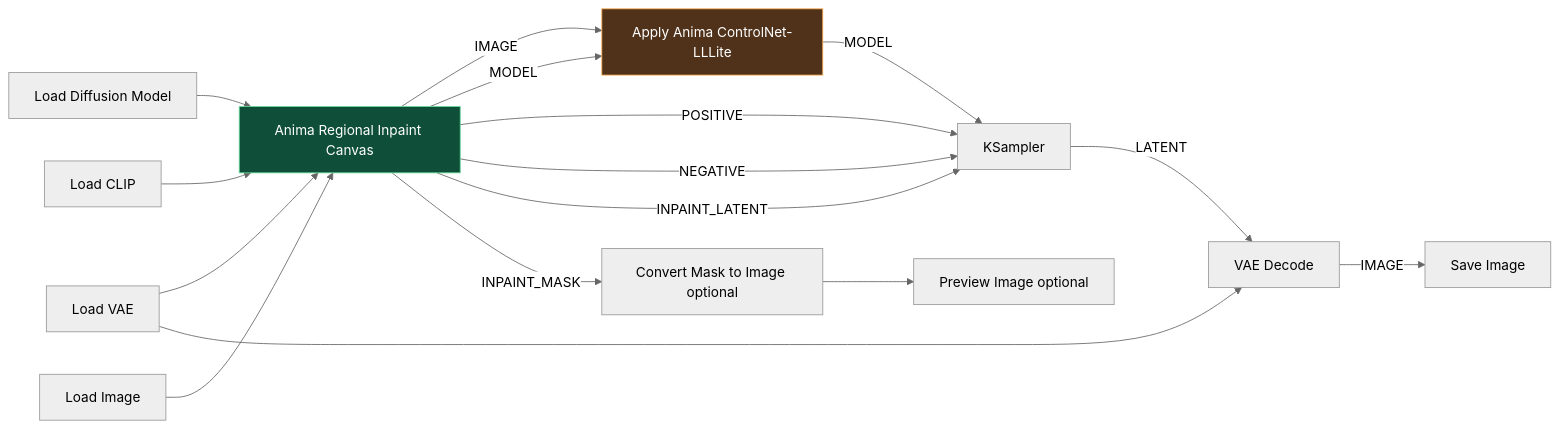
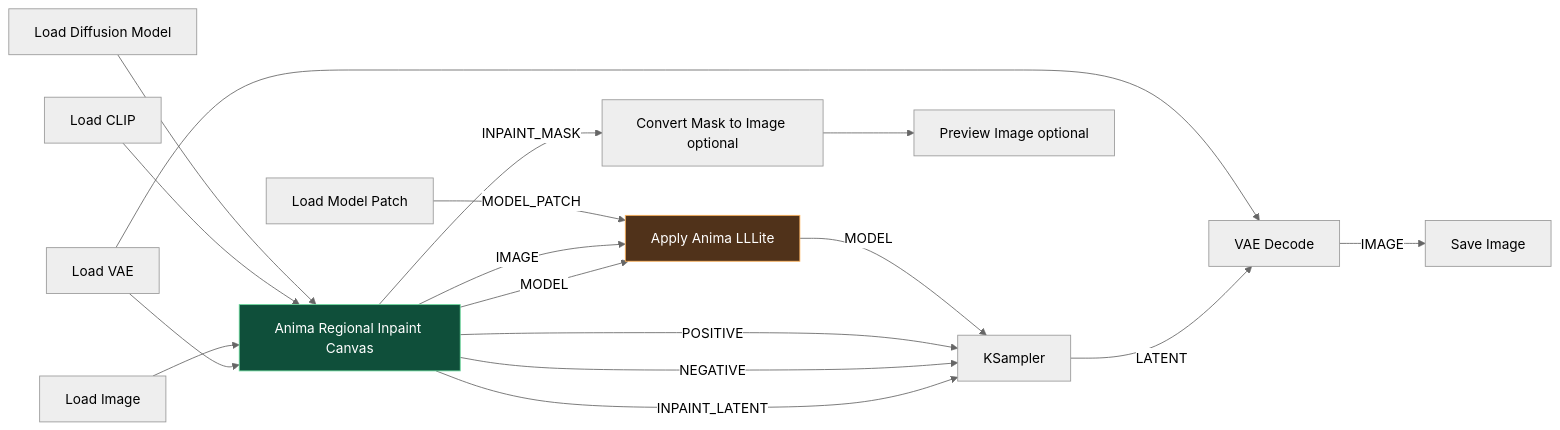
The second of 2 diagrams in README.md (ukr8b3g-cmyk/Anima_Regional_Canvas), drawn with Mermaid (neutral theme) before and after one commit. The commit also changed other lines of this file and 6 other files, not shown here.

Commit message:
Update canvas UI and core Anima workflows

````diff
--- a/README.md
+++ b/README.md
@@ -197,22 +223,23 @@
 ```mermaid
 flowchart LR
   Model["Load Diffusion Model"] --> Canvas["Anima Regional Inpaint Canvas"]
   Clip["Load CLIP"] --> Canvas
   Image["Load Image"] --> Canvas
   VAE["Load VAE"] --> Canvas
   VAE --> Decode["VAE Decode"]
-  Canvas -- IMAGE --> LLLite["Apply Anima ControlNet-LLLite"]
+  Patch["Load Model Patch"] -- MODEL_PATCH --> LLLite["Apply Anima LLLite"]
+  Canvas -- IMAGE --> LLLite
   Canvas -- MODEL --> LLLite
   LLLite -- MODEL --> KSampler
   Canvas -- POSITIVE --> KSampler
   Canvas -- NEGATIVE --> KSampler
   Canvas -- INPAINT_LATENT --> KSampler
   KSampler -- LATENT --> Decode
   Decode -- IMAGE --> Save["Save Image"]
   Canvas -- INPAINT_MASK --> MaskToImage["Convert Mask to Image optional"]
   MaskToImage --> MaskPreview["Preview Image optional"]
   classDef canvasNode fill:#0f4f3a,stroke:#69d89b,color:#ffffff
   classDef llliteNode fill:#50321a,stroke:#ffb45c,color:#ffffff
   class Canvas canvasNode
   class LLLite llliteNode
 ```
````
